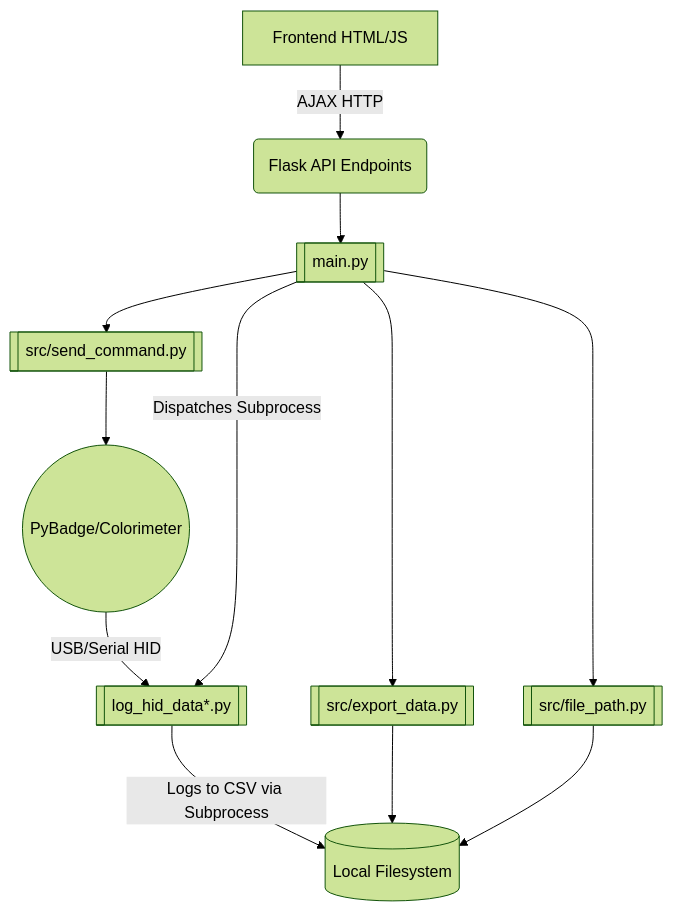
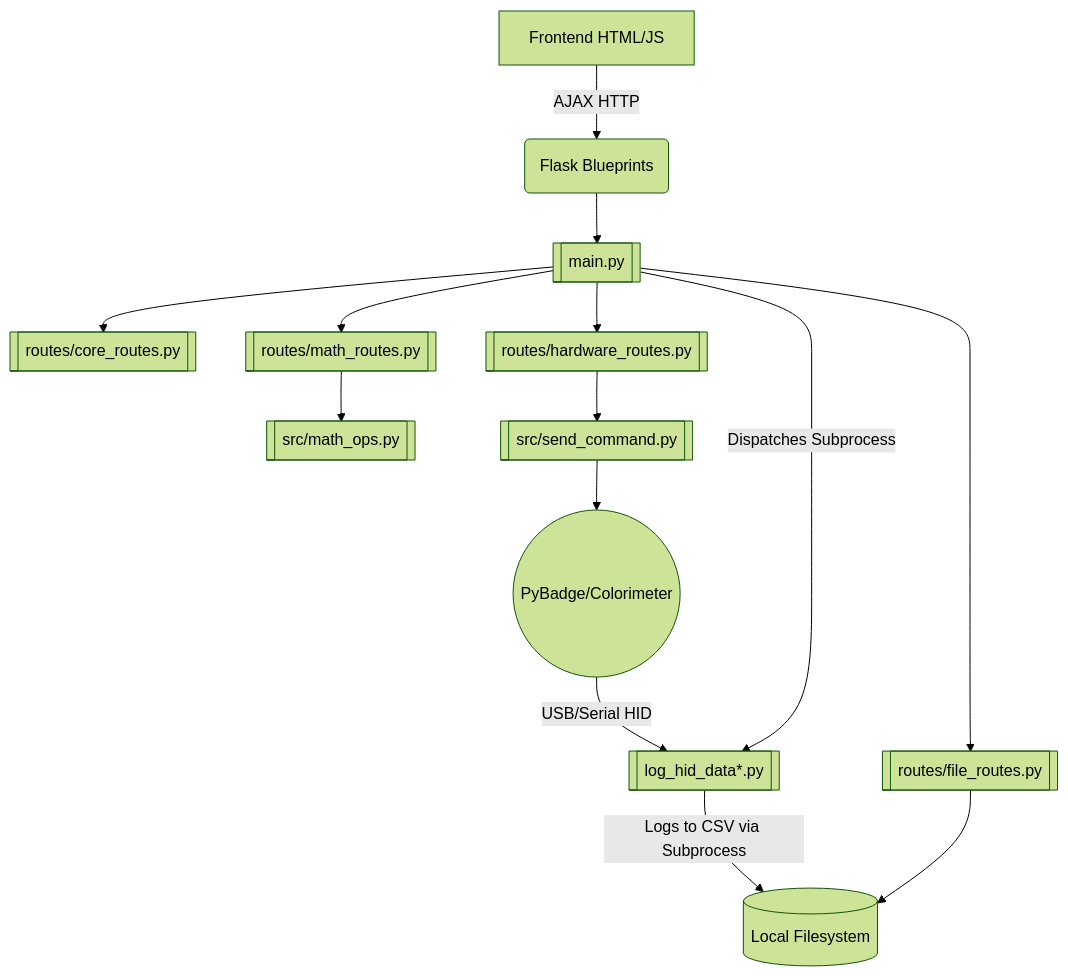
Before and after one commit to Promethees/microalbumin-Flask: the diagram in easyokapi-knowledge/AGENTS.md, drawn with Mermaid (forest theme). The commit also changed other lines of this file and 1 other file, not shown here.

````diff
--- a/easyokapi-knowledge/AGENTS.md
+++ b/easyokapi-knowledge/AGENTS.md
@@ -17,18 +18,20 @@
 ```mermaid
 graph TD
     Device((PyBadge/Colorimeter)) -->|USB/Serial HID| Logger[[log_hid_data*.py]]
     Logger -->|Logs to CSV via Subprocess| FileSys[(Local Filesystem)]
     
-    UI[Frontend HTML/JS] -->|AJAX HTTP| API(Flask API Endpoints)
+    UI[Frontend HTML/JS] -->|AJAX HTTP| API(Flask Blueprints)
     
     API --> Main[[main.py]]
     
-    Main --> Hardware[[src/send_command.py]]
-    Main --> FileMod[[src/export_data.py]]
-    Main --> PathMgmt[[src/file_path.py]]
-    
+    Main --> CoreBP[[routes/core_routes.py]]
+    Main --> FileBP[[routes/file_routes.py]]
+    Main --> HardBP[[routes/hardware_routes.py]]
+    Main --> MathBP[[routes/math_routes.py]]
+
+    FileBP --> FileSys
+    MathBP --> MathOps[[src/math_ops.py]]
+    HardBP --> Hardware[[src/send_command.py]]
     Hardware --> Device
     Main -->|Dispatches Subprocess| Logger
-    FileMod --> FileSys
-    PathMgmt --> FileSys
 ```
````
